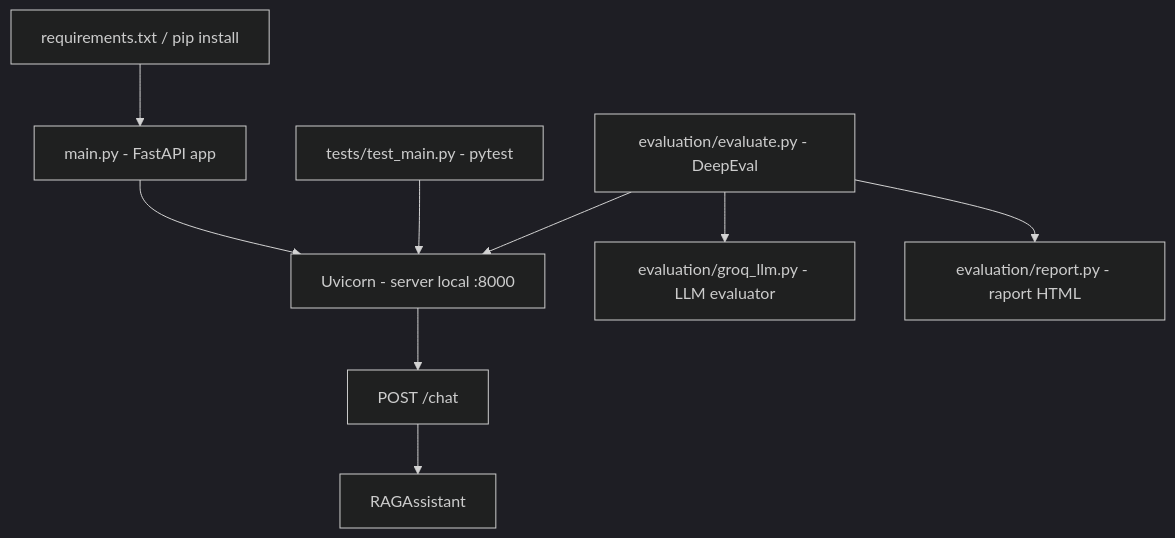
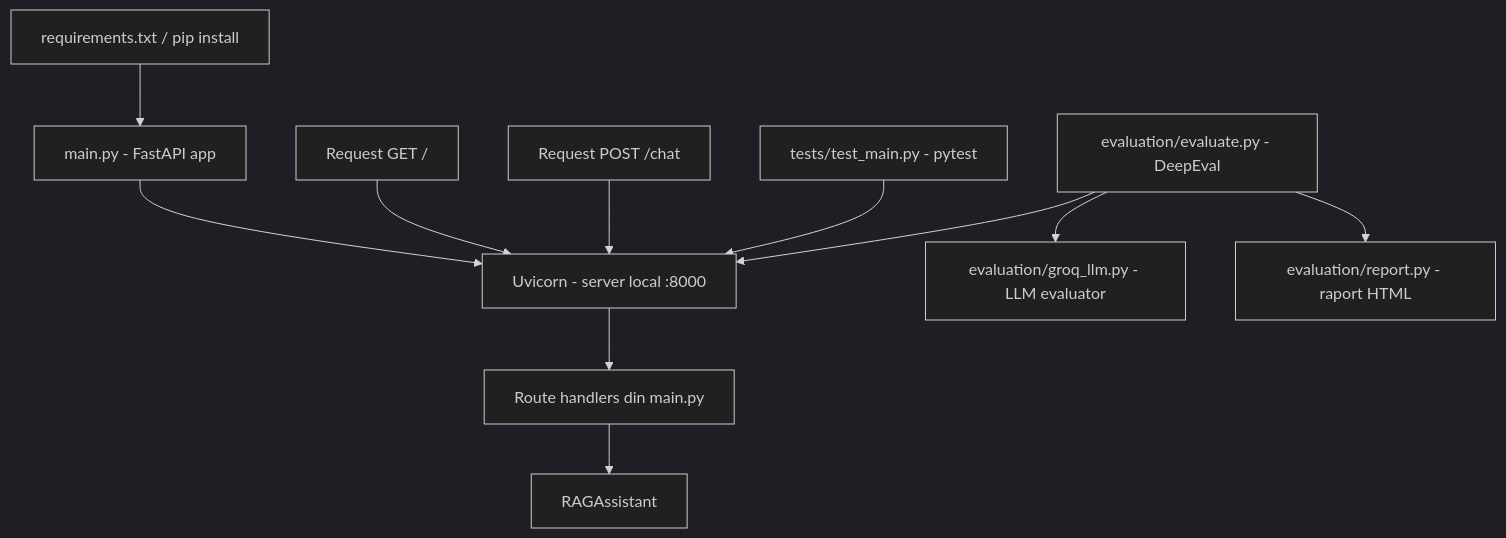
One commit to mihaibudurescu/curs-ai-prompt changed the diagram in Lectia5/Tema3/Plan_rezolvare.md. Above: the diagram before and after it, drawn with Mermaid (dark theme). The commit also changed other lines of this file and 1 other file, not shown here.

Commit message:
files cleanup

````diff
--- a/Lectia5/Tema3/Plan_rezolvare.md
+++ b/Lectia5/Tema3/Plan_rezolvare.md
@@ -20,12 +71,15 @@
 ```mermaid
 flowchart TD
   A[requirements.txt / pip install] --> B[main.py - FastAPI app]
   B --> C[Uvicorn - server local :8000]
-  C --> D[POST /chat]
-  D --> E[RAGAssistant]
 
-  F[tests/test_main.py - pytest] --> C
-  G[evaluation/evaluate.py - DeepEval] --> C
-  G --> H[evaluation/groq_llm.py - LLM evaluator]
-  G --> I[evaluation/report.py - raport HTML]
+  D[Request GET /] --> C
+  E[Request POST /chat] --> C
+  C --> F[Route handlers din main.py]
+  F --> G[RAGAssistant]
+
+  H[tests/test_main.py - pytest] --> C
+  I[evaluation/evaluate.py - DeepEval] --> C
+  I --> J[evaluation/groq_llm.py - LLM evaluator]
+  I --> K[evaluation/report.py - raport HTML]
 ```
````
